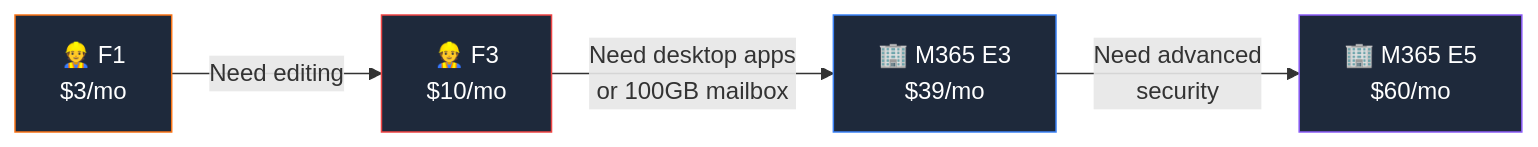
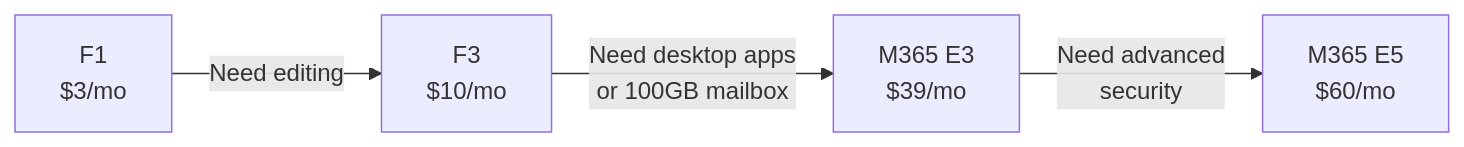
One commit to susanthgit/aguidetocloud-revamp changed the second of 2 diagrams in content/licensing/microsoft-365-frontline.md. Above: the diagram before and after it, drawn with Mermaid. The commit also changed other lines of this file and 553 other files, not shown here.

First line of the commit message:
🌸 Z17: Zen Mermaid diagrams — Stripe Docs style

````diff
--- a/content/licensing/microsoft-365-frontline.md
+++ b/content/licensing/microsoft-365-frontline.md
@@ -95,14 +93,10 @@
 ```mermaid
 flowchart LR
-    F1["👷 F1\n$3/mo"]
-    F3["👷 F3\n$10/mo"]
-    E3["🏢 M365 E3\n$39/mo"]
-    E5["🏢 M365 E5\n$60/mo"]
+    F1["F1<br/>$3/mo"]
+    F3["F3<br/>$10/mo"]
+    E3["M365 E3<br/>$39/mo"]
+    E5["M365 E5<br/>$60/mo"]
     F1 -->|"Need editing"| F3
     F3 -->|"Need desktop apps\nor 100GB mailbox"| E3
     E3 -->|"Need advanced\nsecurity"| E5
-    style F1 fill:#1e293b,stroke:#f97316,color:#ffffff
-    style F3 fill:#1e293b,stroke:#ef4444,color:#ffffff
-    style E3 fill:#1e293b,stroke:#3b82f6,color:#ffffff
-    style E5 fill:#1e293b,stroke:#8b5cf6,color:#ffffff
 ```
````
